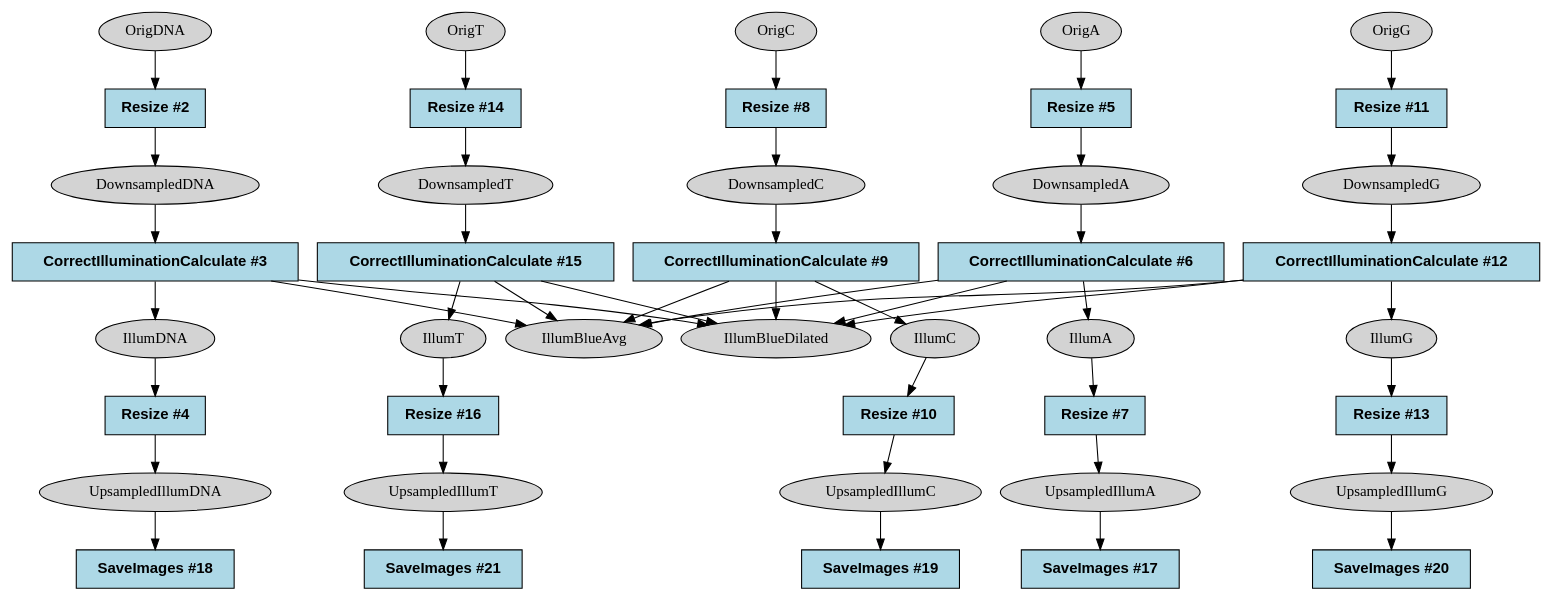
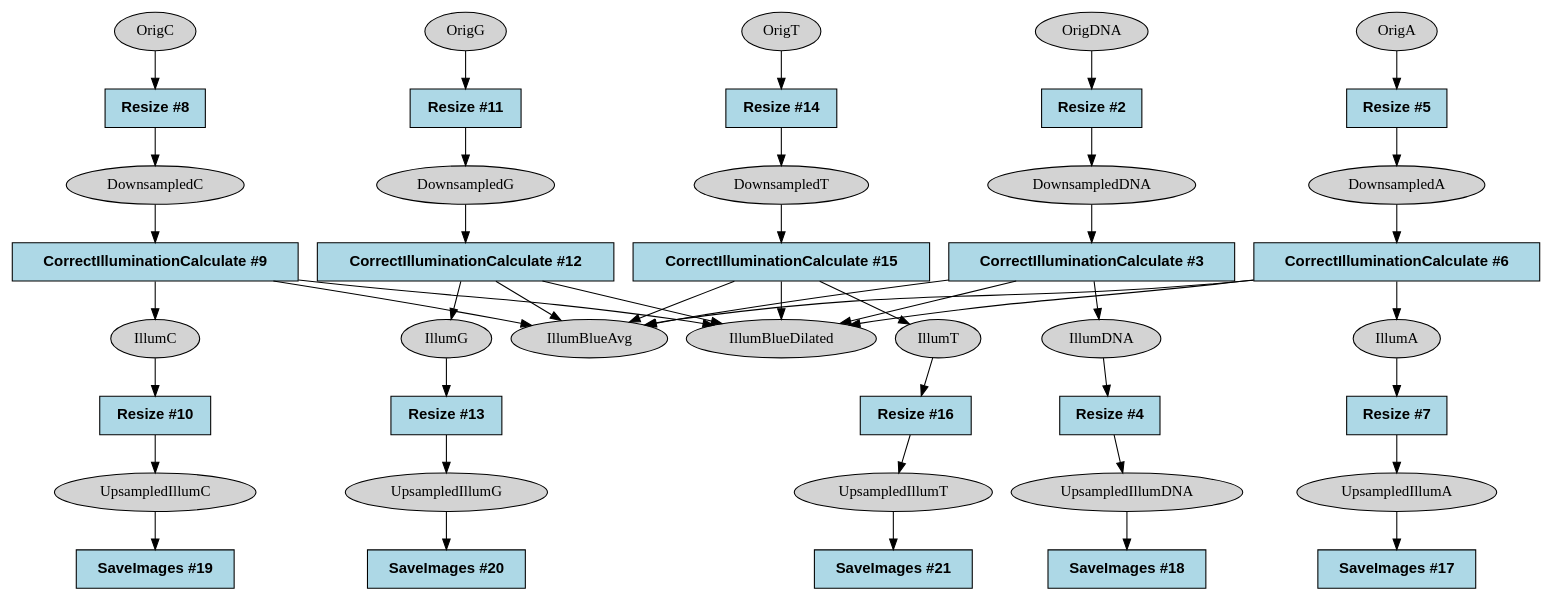
The diagram in docs/tester/assets/pcpip-pipelines/_ref_graph_format/dot/ref_5_BC_Illum.dot (broadinstitute/starrynight), drawn with Graphviz before and after one commit. The commit also changed 19 other files, not shown here.

```diff
--- a/docs/tester/assets/pcpip-pipelines/_ref_graph_format/dot/ref_5_BC_Illum.dot
+++ b/docs/tester/assets/pcpip-pipelines/_ref_graph_format/dot/ref_5_BC_Illum.dot
@@ -1,24 +1,24 @@
 strict digraph {
-CorrectIlluminationCalculate_2d72f2ae [type=module, label="CorrectIlluminationCalculate #15", module_name=CorrectIlluminationCalculate, module_num=15, original_num=15, stable_id="CorrectIlluminationCalculate_2d72f2ae", enabled=True, shape=box, style=filled, fillcolor=lightblue, fontname="Helvetica-Bold"];
-CorrectIlluminationCalculate_48bfbfe [type=module, label="CorrectIlluminationCalculate #3", module_name=CorrectIlluminationCalculate, module_num=3, original_num=3, stable_id="CorrectIlluminationCalculate_48bfbfe", enabled=True, shape=box, style=filled, fillcolor=lightblue, fontname="Helvetica-Bold"];
-CorrectIlluminationCalculate_639d3b56 [type=module, label="CorrectIlluminationCalculate #9", module_name=CorrectIlluminationCalculate, module_num=9, original_num=9, stable_id="CorrectIlluminationCalculate_639d3b56", enabled=True, shape=box, style=filled, fillcolor=lightblue, fontname="Helvetica-Bold"];
-CorrectIlluminationCalculate_78e9c4e3 [type=module, label="CorrectIlluminationCalculate #12", module_name=CorrectIlluminationCalculate, module_num=12, original_num=12, stable_id="CorrectIlluminationCalculate_78e9c4e3", enabled=True, shape=box, style=filled, fillcolor=lightblue, fontname="Helvetica-Bold"];
-CorrectIlluminationCalculate_d5dc8a9b [type=module, label="CorrectIlluminationCalculate #6", module_name=CorrectIlluminationCalculate, module_num=6, original_num=6, stable_id="CorrectIlluminationCalculate_d5dc8a9b", enabled=True, shape=box, style=filled, fillcolor=lightblue, fontname="Helvetica-Bold"];
-Resize_24c09659 [type=module, label="Resize #11", module_name=Resize, module_num=11, original_num=11, stable_id="Resize_24c09659", enabled=True, shape=box, style=filled, fillcolor=lightblue, fontname="Helvetica-Bold"];
-Resize_258abbb8 [type=module, label="Resize #8", module_name=Resize, module_num=8, original_num=8, stable_id="Resize_258abbb8", enabled=True, shape=box, style=filled, fillcolor=lightblue, fontname="Helvetica-Bold"];
-Resize_6b41a479 [type=module, label="Resize #7", module_name=Resize, module_num=7, original_num=7, stable_id="Resize_6b41a479", enabled=True, shape=box, style=filled, fillcolor=lightblue, fontname="Helvetica-Bold"];
-Resize_775969be [type=module, label="Resize #16", module_name=Resize, module_num=16, original_num=16, stable_id="Resize_775969be", enabled=True, shape=box, style=filled, fillcolor=lightblue, fontname="Helvetica-Bold"];
-Resize_a735fc42 [type=module, label="Resize #13", module_name=Resize, module_num=13, original_num=13, stable_id="Resize_a735fc42", enabled=True, shape=box, style=filled, fillcolor=lightblue, fontname="Helvetica-Bold"];
-Resize_ba4eb4d7 [type=module, label="Resize #4", module_name=Resize, module_num=4, original_num=4, stable_id="Resize_ba4eb4d7", enabled=True, shape=box, style=filled, fillcolor=lightblue, fontname="Helvetica-Bold"];
-Resize_d37ce976 [type=module, label="Resize #10", module_name=Resize, module_num=10, original_num=10, stable_id="Resize_d37ce976", enabled=True, shape=box, style=filled, fillcolor=lightblue, fontname="Helvetica-Bold"];
-Resize_e54f725d [type=module, label="Resize #14", module_name=Resize, module_num=14, original_num=14, stable_id="Resize_e54f725d", enabled=True, shape=box, style=filled, fillcolor=lightblue, fontname="Helvetica-Bold"];
-Resize_eaf2291a [type=module, label="Resize #2", module_name=Resize, module_num=2, original_num=2, stable_id="Resize_eaf2291a", enabled=True, shape=box, style=filled, fillcolor=lightblue, fontname="Helvetica-Bold"];
-Resize_ed5d2d5e [type=module, label="Resize #5", module_name=Resize, module_num=5, original_num=5, stable_id="Resize_ed5d2d5e", enabled=True, shape=box, style=filled, fillcolor=lightblue, fontname="Helvetica-Bold"];
-SaveImages_22c568ca [type=module, label="SaveImages #19", module_name=SaveImages, module_num=19, original_num=19, stable_id="SaveImages_22c568ca", enabled=True, shape=box, style=filled, fillcolor=lightblue, fontname="Helvetica-Bold"];
-SaveImages_3a1994a7 [type=module, label="SaveImages #21", module_name=SaveImages, module_num=21, original_num=21, stable_id="SaveImages_3a1994a7", enabled=True, shape=box, style=filled, fillcolor=lightblue, fontname="Helvetica-Bold"];
-SaveImages_bf727218 [type=module, label="SaveImages #18", module_name=SaveImages, module_num=18, original_num=18, stable_id="SaveImages_bf727218", enabled=True, shape=box, style=filled, fillcolor=lightblue, fontname="Helvetica-Bold"];
-SaveImages_e2526f42 [type=module, label="SaveImages #20", module_name=SaveImages, module_num=20, original_num=20, stable_id="SaveImages_e2526f42", enabled=True, shape=box, style=filled, fillcolor=lightblue, fontname="Helvetica-Bold"];
-SaveImages_f99bd8e8 [type=module, label="SaveImages #17", module_name=SaveImages, module_num=17, original_num=17, stable_id="SaveImages_f99bd8e8", enabled=True, shape=box, style=filled, fillcolor=lightblue, fontname="Helvetica-Bold"];
+CorrectIlluminationCalculate_35c6e410 [type=module, label="CorrectIlluminationCalculate #12", module_name=CorrectIlluminationCalculate, module_num=12, original_num=12, stable_id="CorrectIlluminationCalculate_35c6e410", enabled=True, shape=box, style=filled, fillcolor=lightblue, fontname="Helvetica-Bold"];
+CorrectIlluminationCalculate_4f2a1071 [type=module, label="CorrectIlluminationCalculate #9", module_name=CorrectIlluminationCalculate, module_num=9, original_num=9, stable_id="CorrectIlluminationCalculate_4f2a1071", enabled=True, shape=box, style=filled, fillcolor=lightblue, fontname="Helvetica-Bold"];
+CorrectIlluminationCalculate_6eb8df9a [type=module, label="CorrectIlluminationCalculate #15", module_name=CorrectIlluminationCalculate, module_num=15, original_num=15, stable_id="CorrectIlluminationCalculate_6eb8df9a", enabled=True, shape=box, style=filled, fillcolor=lightblue, fontname="Helvetica-Bold"];
+CorrectIlluminationCalculate_7124d077 [type=module, label="CorrectIlluminationCalculate #6", module_name=CorrectIlluminationCalculate, module_num=6, original_num=6, stable_id="CorrectIlluminationCalculate_7124d077", enabled=True, shape=box, style=filled, fillcolor=lightblue, fontname="Helvetica-Bold"];
+CorrectIlluminationCalculate_85b36b98 [type=module, label="CorrectIlluminationCalculate #3", module_name=CorrectIlluminationCalculate, module_num=3, original_num=3, stable_id="CorrectIlluminationCalculate_85b36b98", enabled=True, shape=box, style=filled, fillcolor=lightblue, fontname="Helvetica-Bold"];
+Resize_15a90887 [type=module, label="Resize #8", module_name=Resize, module_num=8, original_num=8, stable_id="Resize_15a90887", enabled=True, shape=box, style=filled, fillcolor=lightblue, fontname="Helvetica-Bold"];
+Resize_5a1061b5 [type=module, label="Resize #7", module_name=Resize, module_num=7, original_num=7, stable_id="Resize_5a1061b5", enabled=True, shape=box, style=filled, fillcolor=lightblue, fontname="Helvetica-Bold"];
+Resize_680cda47 [type=module, label="Resize #14", module_name=Resize, module_num=14, original_num=14, stable_id="Resize_680cda47", enabled=True, shape=box, style=filled, fillcolor=lightblue, fontname="Helvetica-Bold"];
+Resize_8daf000f [type=module, label="Resize #10", module_name=Resize, module_num=10, original_num=10, stable_id="Resize_8daf000f", enabled=True, shape=box, style=filled, fillcolor=lightblue, fontname="Helvetica-Bold"];
+Resize_97399754 [type=module, label="Resize #2", module_name=Resize, module_num=2, original_num=2, stable_id="Resize_97399754", enabled=True, shape=box, style=filled, fillcolor=lightblue, fontname="Helvetica-Bold"];
+Resize_9b4fd0f7 [type=module, label="Resize #4", module_name=Resize, module_num=4, original_num=4, stable_id="Resize_9b4fd0f7", enabled=True, shape=box, style=filled, fillcolor=lightblue, fontname="Helvetica-Bold"];
+Resize_ba4f0f0 [type=module, label="Resize #5", module_name=Resize, module_num=5, original_num=5, stable_id="Resize_ba4f0f0", enabled=True, shape=box, style=filled, fillcolor=lightblue, fontname="Helvetica-Bold"];
+Resize_c3a9e81e [type=module, label="Resize #11", module_name=Resize, module_num=11, original_num=11, stable_id="Resize_c3a9e81e", enabled=True, shape=box, style=filled, fillcolor=lightblue, fontname="Helvetica-Bold"];
+Resize_c7556b0 [type=module, label="Resize #13", module_name=Resize, module_num=13, original_num=13, stable_id="Resize_c7556b0", enabled=True, shape=box, style=filled, fillcolor=lightblue, fontname="Helvetica-Bold"];
+Resize_d6a89fac [type=module, label="Resize #16", module_name=Resize, module_num=16, original_num=16, stable_id="Resize_d6a89fac", enabled=True, shape=box, style=filled, fillcolor=lightblue, fontname="Helvetica-Bold"];
+SaveImages_3c50b5ba [type=module, label="SaveImages #21", module_name=SaveImages, module_num=21, original_num=21, stable_id="SaveImages_3c50b5ba", enabled=True, shape=box, style=filled, fillcolor=lightblue, fontname="Helvetica-Bold"];
+SaveImages_5925a135 [type=module, label="SaveImages #18", module_name=SaveImages, module_num=18, original_num=18, stable_id="SaveImages_5925a135", enabled=True, shape=box, style=filled, fillcolor=lightblue, fontname="Helvetica-Bold"];
+SaveImages_ba7bc902 [type=module, label="SaveImages #17", module_name=SaveImages, module_num=17, original_num=17, stable_id="SaveImages_ba7bc902", enabled=True, shape=box, style=filled, fillcolor=lightblue, fontname="Helvetica-Bold"];
+SaveImages_bfc4963f [type=module, label="SaveImages #20", module_name=SaveImages, module_num=20, original_num=20, stable_id="SaveImages_bfc4963f", enabled=True, shape=box, style=filled, fillcolor=lightblue, fontname="Helvetica-Bold"];
+SaveImages_d6bb074a [type=module, label="SaveImages #19", module_name=SaveImages, module_num=19, original_num=19, stable_id="SaveImages_d6bb074a", enabled=True, shape=box, style=filled, fillcolor=lightblue, fontname="Helvetica-Bold"];
 image__DownsampledA [type=image, label=DownsampledA, shape=ellipse, style=filled, fillcolor=lightgray];
 image__DownsampledC [type=image, label=DownsampledC, shape=ellipse, style=filled, fillcolor=lightgray];
 image__DownsampledDNA [type=image, label=DownsampledDNA, shape=ellipse, style=filled, fillcolor=lightgray];
@@ -41,49 +41,49 @@
 image__UpsampledIllumDNA [type=image, label=UpsampledIllumDNA, shape=ellipse, style=filled, fillcolor=lightgray];
 image__UpsampledIllumG [type=image, label=UpsampledIllumG, shape=ellipse, style=filled, fillcolor=lightgray];
 image__UpsampledIllumT [type=image, label=UpsampledIllumT, shape=ellipse, style=filled, fillcolor=lightgray];
-CorrectIlluminationCalculate_2d72f2ae -> image__IllumBlueAvg [type="image_output"];
-CorrectIlluminationCalculate_2d72f2ae -> image__IllumBlueDilated [type="image_output"];
-CorrectIlluminationCalculate_2d72f2ae -> image__IllumT [type="image_output"];
-CorrectIlluminationCalculate_48bfbfe -> image__IllumBlueAvg [type="image_output"];
-CorrectIlluminationCalculate_48bfbfe -> image__IllumBlueDilated [type="image_output"];
-CorrectIlluminationCalculate_48bfbfe -> image__IllumDNA [type="image_output"];
-CorrectIlluminationCalculate_639d3b56 -> image__IllumBlueAvg [type="image_output"];
-CorrectIlluminationCalculate_639d3b56 -> image__IllumBlueDilated [type="image_output"];
-CorrectIlluminationCalculate_639d3b56 -> image__IllumC [type="image_output"];
-CorrectIlluminationCalculate_78e9c4e3 -> image__IllumBlueAvg [type="image_output"];
-CorrectIlluminationCalculate_78e9c4e3 -> image__IllumBlueDilated [type="image_output"];
-CorrectIlluminationCalculate_78e9c4e3 -> image__IllumG [type="image_output"];
-CorrectIlluminationCalculate_d5dc8a9b -> image__IllumA [type="image_output"];
-CorrectIlluminationCalculate_d5dc8a9b -> image__IllumBlueAvg [type="image_output"];
-CorrectIlluminationCalculate_d5dc8a9b -> image__IllumBlueDilated [type="image_output"];
-Resize_24c09659 -> image__DownsampledG [type="image_output"];
-Resize_258abbb8 -> image__DownsampledC [type="image_output"];
-Resize_6b41a479 -> image__UpsampledIllumA [type="image_output"];
-Resize_775969be -> image__UpsampledIllumT [type="image_output"];
-Resize_a735fc42 -> image__UpsampledIllumG [type="image_output"];
-Resize_ba4eb4d7 -> image__UpsampledIllumDNA [type="image_output"];
-Resize_d37ce976 -> image__UpsampledIllumC [type="image_output"];
-Resize_e54f725d -> image__DownsampledT [type="image_output"];
-Resize_eaf2291a -> image__DownsampledDNA [type="image_output"];
-Resize_ed5d2d5e -> image__DownsampledA [type="image_output"];
-image__DownsampledA -> CorrectIlluminationCalculate_d5dc8a9b [type="image_input"];
-image__DownsampledC -> CorrectIlluminationCalculate_639d3b56 [type="image_input"];
-image__DownsampledDNA -> CorrectIlluminationCalculate_48bfbfe [type="image_input"];
-image__DownsampledG -> CorrectIlluminationCalculate_78e9c4e3 [type="image_input"];
-image__DownsampledT -> CorrectIlluminationCalculate_2d72f2ae [type="image_input"];
-image__IllumA -> Resize_6b41a479 [type="image_input"];
-image__IllumC -> Resize_d37ce976 [type="image_input"];
-image__IllumDNA -> Resize_ba4eb4d7 [type="image_input"];
-image__IllumG -> Resize_a735fc42 [type="image_input"];
-image__IllumT -> Resize_775969be [type="image_input"];
-image__OrigA -> Resize_ed5d2d5e [type="image_input"];
-image__OrigC -> Resize_258abbb8 [type="image_input"];
-image__OrigDNA -> Resize_eaf2291a [type="image_input"];
-image__OrigG -> Resize_24c09659 [type="image_input"];
-image__OrigT -> Resize_e54f725d [type="image_input"];
-image__UpsampledIllumA -> SaveImages_f99bd8e8 [type="image_input"];
-image__UpsampledIllumC -> SaveImages_22c568ca [type="image_input"];
-image__UpsampledIllumDNA -> SaveImages_bf727218 [type="image_input"];
-image__UpsampledIllumG -> SaveImages_e2526f42 [type="image_input"];
-image__UpsampledIllumT -> SaveImages_3a1994a7 [type="image_input"];
+CorrectIlluminationCalculate_35c6e410 -> image__IllumBlueAvg [type="image_output"];
+CorrectIlluminationCalculate_35c6e410 -> image__IllumBlueDilated [type="image_output"];
+CorrectIlluminationCalculate_35c6e410 -> image__IllumG [type="image_output"];
+CorrectIlluminationCalculate_4f2a1071 -> image__IllumBlueAvg [type="image_output"];
+CorrectIlluminationCalculate_4f2a1071 -> image__IllumBlueDilated [type="image_output"];
+CorrectIlluminationCalculate_4f2a1071 -> image__IllumC [type="image_output"];
+CorrectIlluminationCalculate_6eb8df9a -> image__IllumBlueAvg [type="image_output"];
+CorrectIlluminationCalculate_6eb8df9a -> image__IllumBlueDilated [type="image_output"];
+CorrectIlluminationCalculate_6eb8df9a -> image__IllumT [type="image_output"];
+CorrectIlluminationCalculate_7124d077 -> image__IllumA [type="image_output"];
+CorrectIlluminationCalculate_7124d077 -> image__IllumBlueAvg [type="image_output"];
+CorrectIlluminationCalculate_7124d077 -> image__IllumBlueDilated [type="image_output"];
+CorrectIlluminationCalculate_85b36b98 -> image__IllumBlueAvg [type="image_output"];
+CorrectIlluminationCalculate_85b36b98 -> image__IllumBlueDilated [type="image_output"];
+CorrectIlluminationCalculate_85b36b98 -> image__IllumDNA [type="image_output"];
+Resize_15a90887 -> image__DownsampledC [type="image_output"];
+Resize_5a1061b5 -> image__UpsampledIllumA [type="image_output"];
+Resize_680cda47 -> image__DownsampledT [type="image_output"];
+Resize_8daf000f -> image__UpsampledIllumC [type="image_output"];
+Resize_97399754 -> image__DownsampledDNA [type="image_output"];
+Resize_9b4fd0f7 -> image__UpsampledIllumDNA [type="image_output"];
+Resize_ba4f0f0 -> image__DownsampledA [type="image_output"];
+Resize_c3a9e81e -> image__DownsampledG [type="image_output"];
+Resize_c7556b0 -> image__UpsampledIllumG [type="image_output"];
+Resize_d6a89fac -> image__UpsampledIllumT [type="image_output"];
+image__DownsampledA -> CorrectIlluminationCalculate_7124d077 [type="image_input"];
+image__DownsampledC -> CorrectIlluminationCalculate_4f2a1071 [type="image_input"];
+image__DownsampledDNA -> CorrectIlluminationCalculate_85b36b98 [type="image_input"];
+image__DownsampledG -> CorrectIlluminationCalculate_35c6e410 [type="image_input"];
+image__DownsampledT -> CorrectIlluminationCalculate_6eb8df9a [type="image_input"];
+image__IllumA -> Resize_5a1061b5 [type="image_input"];
+image__IllumC -> Resize_8daf000f [type="image_input"];
+image__IllumDNA -> Resize_9b4fd0f7 [type="image_input"];
+image__IllumG -> Resize_c7556b0 [type="image_input"];
+image__IllumT -> Resize_d6a89fac [type="image_input"];
+image__OrigA -> Resize_ba4f0f0 [type="image_input"];
+image__OrigC -> Resize_15a90887 [type="image_input"];
+image__OrigDNA -> Resize_97399754 [type="image_input"];
+image__OrigG -> Resize_c3a9e81e [type="image_input"];
+image__OrigT -> Resize_680cda47 [type="image_input"];
+image__UpsampledIllumA -> SaveImages_ba7bc902 [type="image_input"];
+image__UpsampledIllumC -> SaveImages_d6bb074a [type="image_input"];
+image__UpsampledIllumDNA -> SaveImages_5925a135 [type="image_input"];
+image__UpsampledIllumG -> SaveImages_bfc4963f [type="image_input"];
+image__UpsampledIllumT -> SaveImages_3c50b5ba [type="image_input"];
 }
```
